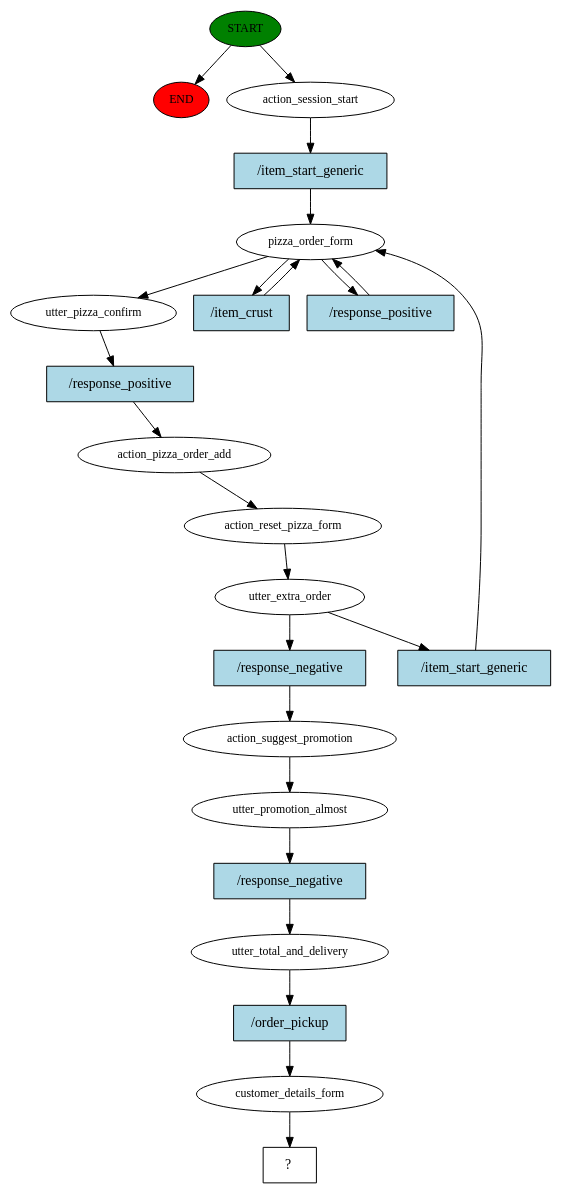
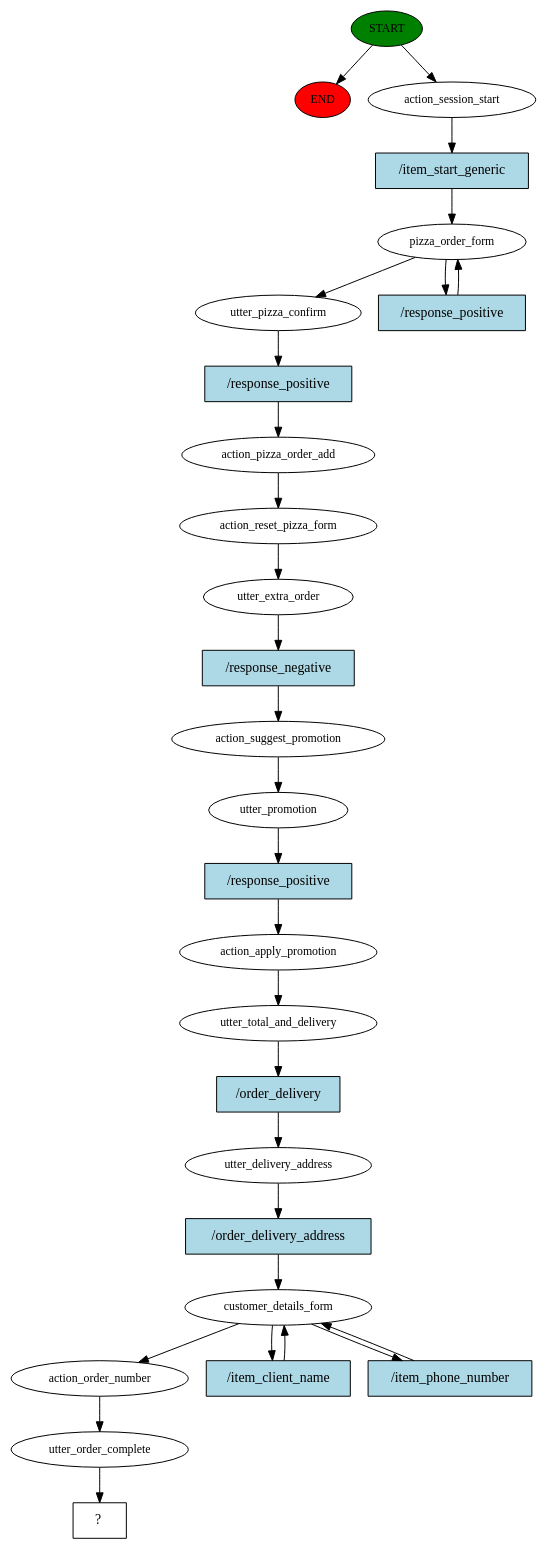
The diagram in story_graph.dot (pasterzewa/HMD-PizzaBot-project), drawn with Graphviz before and after one commit. The commit also changed 357 other files, not shown here.

```diff
--- a/story_graph.dot
+++ b/story_graph.dot
@@ -1,46 +1,56 @@
 digraph  {
 0 [class="start active", fillcolor=green, fontsize=12, label=START, style=filled];
 "-1" [class=end, fillcolor=red, fontsize=12, label=END, style=filled];
 1 [class=active, fontsize=12, label=action_session_start];
 2 [class=active, fontsize=12, label=pizza_order_form];
-5 [class=active, fontsize=12, label=utter_pizza_confirm];
-6 [class=active, fontsize=12, label=action_pizza_order_add];
-7 [class=active, fontsize=12, label=action_reset_pizza_form];
-8 [class=active, fontsize=12, label=utter_extra_order];
-16 [class=active, fontsize=12, label=action_suggest_promotion];
-17 [class=active, fontsize=12, label=utter_promotion_almost];
-18 [class=active, fontsize=12, label=utter_total_and_delivery];
-19 [class=active, fontsize=12, label=customer_details_form];
-20 [class="intent dashed active", label="  ?  ", shape=rect];
-21 [class="intent active", fillcolor=lightblue, label="/item_start_generic", shape=rect, style=filled];
-22 [class="intent active", fillcolor=lightblue, label="/item_crust", shape=rect, style=filled];
+4 [class=active, fontsize=12, label=utter_pizza_confirm];
+5 [class=active, fontsize=12, label=action_pizza_order_add];
+6 [class=active, fontsize=12, label=action_reset_pizza_form];
+7 [class=active, fontsize=12, label=utter_extra_order];
+8 [class=active, fontsize=12, label=action_suggest_promotion];
+9 [class=active, fontsize=12, label=utter_promotion];
+10 [class=active, fontsize=12, label=action_apply_promotion];
+11 [class=active, fontsize=12, label=utter_total_and_delivery];
+12 [class=active, fontsize=12, label=utter_delivery_address];
+13 [class=active, fontsize=12, label=customer_details_form];
+16 [class=active, fontsize=12, label=action_order_number];
+17 [class=active, fontsize=12, label=utter_order_complete];
+18 [class="intent dashed active", label="  ?  ", shape=rect];
+19 [class="intent active", fillcolor=lightblue, label="/item_start_generic", shape=rect, style=filled];
+20 [class="intent active", fillcolor=lightblue, label="/response_positive", shape=rect, style=filled];
+21 [class="intent active", fillcolor=lightblue, label="/response_positive", shape=rect, style=filled];
+22 [class="intent active", fillcolor=lightblue, label="/response_negative", shape=rect, style=filled];
 23 [class="intent active", fillcolor=lightblue, label="/response_positive", shape=rect, style=filled];
-24 [class="intent active", fillcolor=lightblue, label="/response_positive", shape=rect, style=filled];
-25 [class="intent active", fillcolor=lightblue, label="/response_negative", shape=rect, style=filled];
-26 [class="intent active", fillcolor=lightblue, label="/item_start_generic", shape=rect, style=filled];
-27 [class="intent active", fillcolor=lightblue, label="/response_negative", shape=rect, style=filled];
-28 [class="intent active", fillcolor=lightblue, label="/order_pickup", shape=rect, style=filled];
+24 [class="intent active", fillcolor=lightblue, label="/order_delivery", shape=rect, style=filled];
+25 [class="intent active", fillcolor=lightblue, label="/order_delivery_address", shape=rect, style=filled];
+26 [class="intent active", fillcolor=lightblue, label="/item_client_name", shape=rect, style=filled];
+27 [class="intent active", fillcolor=lightblue, label="/item_phone_number", shape=rect, style=filled];
 0 -> "-1"  [class="", key=NONE, label=""];
 0 -> 1  [class=active, key=NONE, label=""];
-1 -> 21  [class=active, key=0];
-2 -> 5  [class=active, key=NONE, label=""];
-2 -> 22  [class=active, key=0];
-2 -> 23  [class=active, key=0];
-5 -> 24  [class=active, key=0];
+1 -> 19  [class=active, key=0];
+2 -> 4  [class=active, key=NONE, label=""];
+2 -> 20  [class=active, key=0];
+4 -> 21  [class=active, key=0];
+5 -> 6  [class=active, key=NONE, label=""];
 6 -> 7  [class=active, key=NONE, label=""];
-7 -> 8  [class=active, key=NONE, label=""];
-8 -> 25  [class=active, key=0];
-8 -> 26  [class=active, key=0];
+7 -> 22  [class=active, key=0];
+8 -> 9  [class=active, key=NONE, label=""];
+9 -> 23  [class=active, key=0];
+10 -> 11  [class=active, key=NONE, label=""];
+11 -> 24  [class=active, key=0];
+12 -> 25  [class=active, key=0];
+13 -> 16  [class=active, key=NONE, label=""];
+13 -> 26  [class=active, key=0];
+13 -> 27  [class=active, key=0];
 16 -> 17  [class=active, key=NONE, label=""];
-17 -> 27  [class=active, key=0];
-18 -> 28  [class=active, key=0];
-19 -> 20  [class=active, key=NONE, label=""];
-21 -> 2  [class=active, key=0];
-22 -> 2  [class=active, key=0];
-23 -> 2  [class=active, key=0];
-24 -> 6  [class=active, key=0];
-25 -> 16  [class=active, key=0];
-26 -> 2  [class=active, key=0];
-27 -> 18  [class=active, key=0];
-28 -> 19  [class=active, key=0];
+17 -> 18  [class=active, key=NONE, label=""];
+19 -> 2  [class=active, key=0];
+20 -> 2  [class=active, key=0];
+21 -> 5  [class=active, key=0];
+22 -> 8  [class=active, key=0];
+23 -> 10  [class=active, key=0];
+24 -> 12  [class=active, key=0];
+25 -> 13  [class=active, key=0];
+26 -> 13  [class=active, key=0];
+27 -> 13  [class=active, key=0];
 }
```
